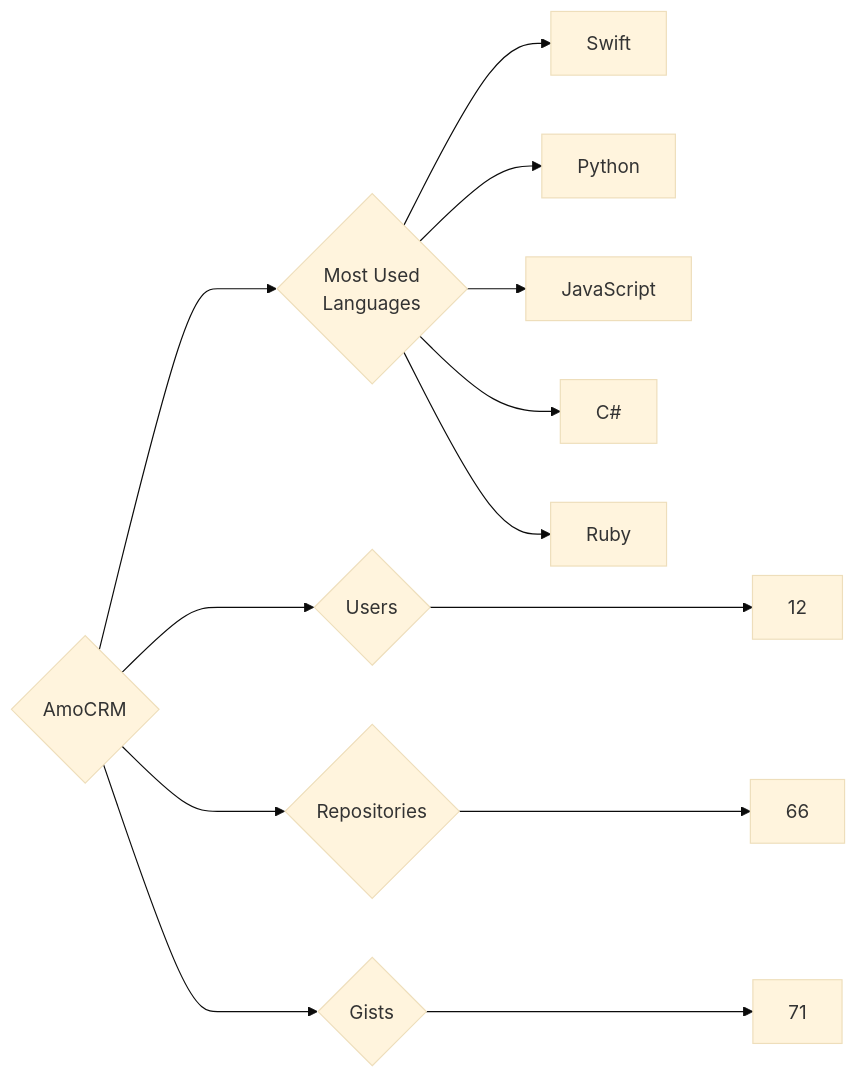
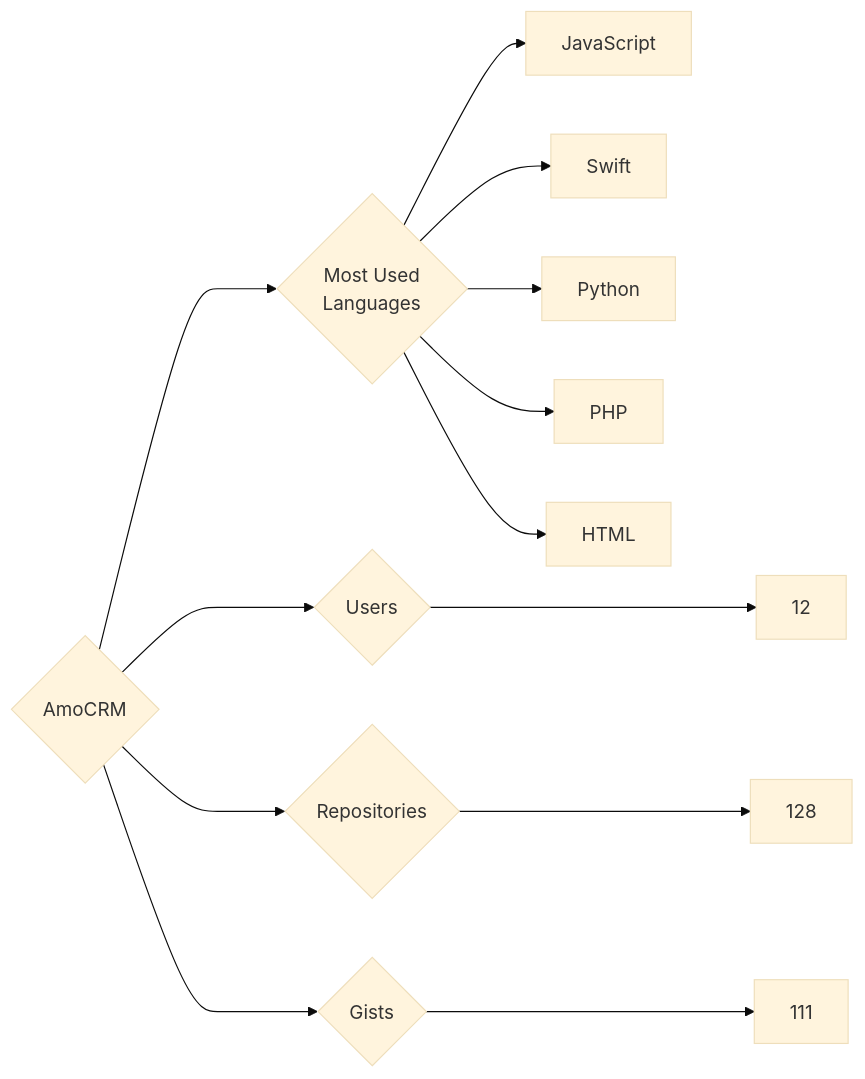
One commit to trickest/insiders changed the diagram in targets/AmoCRM/README.md. Above: the diagram before and after it, drawn with Mermaid (base theme). The commit also changed 951 other files, not shown here.

````diff
--- a/targets/AmoCRM/README.md
+++ b/targets/AmoCRM/README.md
@@ -3,13 +3,13 @@
 ```mermaid
 graph LR
 COMPANY_NAME{AmoCRM}
 COMPANY_NAME ---> U{Users} ---> UN[12]
-COMPANY_NAME ---> R{Repositories} ---> RN[66]
-COMPANY_NAME ---> G{Gists} ---> GN[71]
+COMPANY_NAME ---> R{Repositories} ---> RN[128]
+COMPANY_NAME ---> G{Gists} ---> GN[111]
 COMPANY_NAME ---> ML{Most Used<br>Languages}
+ML --> JavaScript[JavaScript]
 ML --> Swift[Swift]
 ML --> Python[Python]
-ML --> JavaScript[JavaScript]
-ML --> C#[C#]
-ML --> Ruby[Ruby]
+ML --> PHP[PHP]
+ML --> HTML[HTML]
 ```
````
